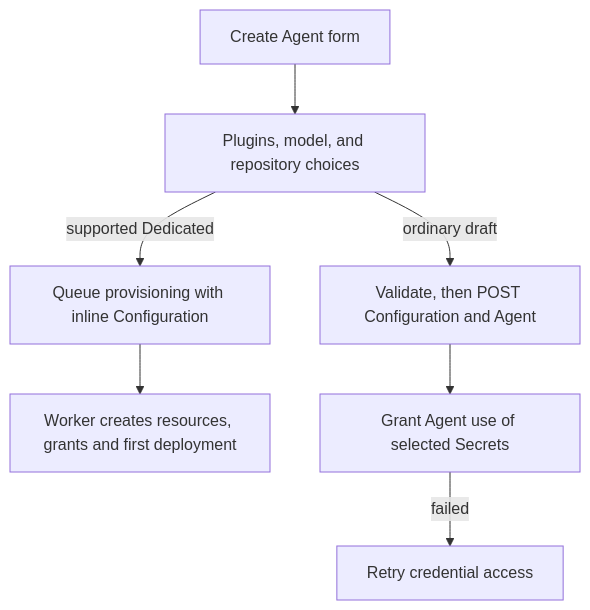
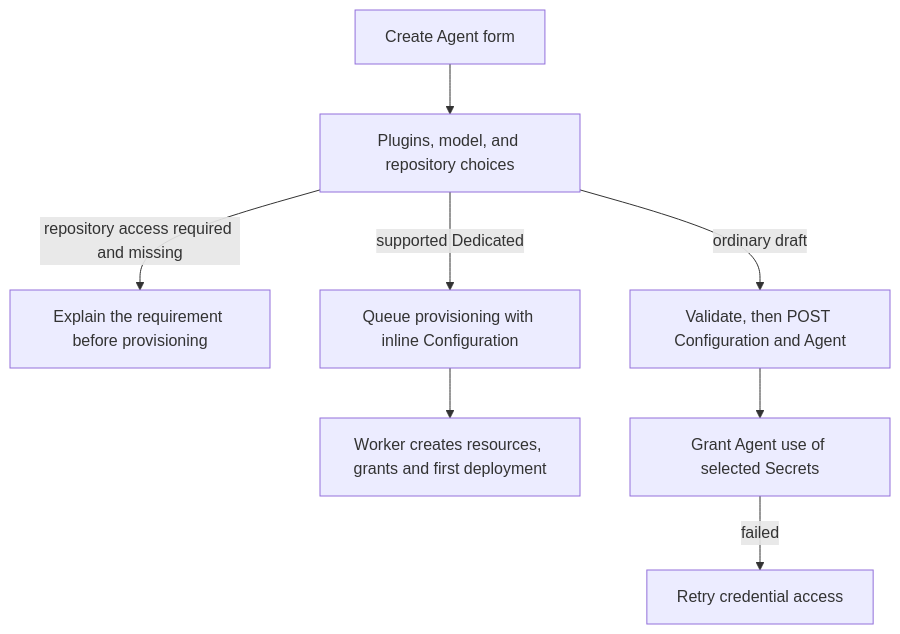
One commit to openclaw/openclaw-enterprise changed the diagram in docs/flows/platform-console/agent-creation.md. Above: the diagram before and after it, drawn with Mermaid. The commit also changed other lines of this file and 13 other files, not shown here.

Commit message:
fix(console): show when provisioning requires repository access

````diff
--- a/docs/flows/platform-console/agent-creation.md
+++ b/docs/flows/platform-console/agent-creation.md
@@ -27,9 +27,10 @@
 ```mermaid
 graph TD
   A["Create Agent form"] --> B["Plugins, model, and repository choices"]
+  B -->|repository access required and missing| H["Explain the requirement before provisioning"]
   B -->|supported Dedicated| C["Queue provisioning with inline Configuration"]
   C --> D["Worker creates resources, grants and first deployment"]
   B -->|ordinary draft| E["Validate, then POST Configuration and Agent"]
   E --> F["Grant Agent use of selected Secrets"]
   F -->|failed| G["Retry credential access"]
 ```
````
